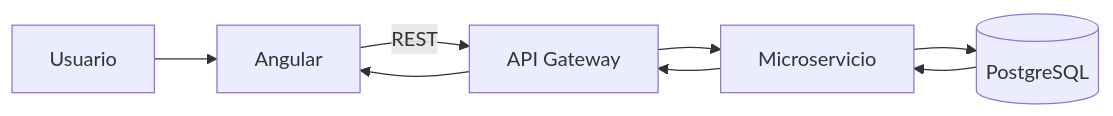
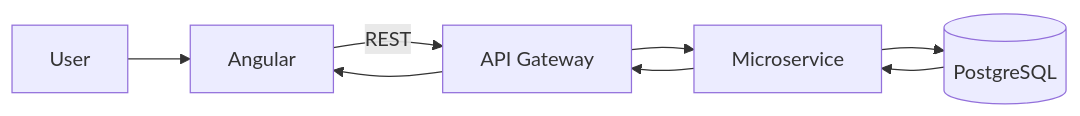
One commit to migueval/software-engineering changed the fourth of 29 diagrams in Connectivity Strategies in Distributed Systems/ARCHITECTURE.md. Above: the diagram before and after it, drawn with Mermaid. The commit also changed other lines of this file and 19 other files, not shown here.

````diff
--- a/Connectivity Strategies in Distributed Systems/ARCHITECTURE.md
+++ b/Connectivity Strategies in Distributed Systems/ARCHITECTURE.md
@@ -290,17 +290,17 @@
 ```mermaid
 flowchart LR
 
-    USER["Usuario"]
+    USER["User"]
     ANGULAR["Angular"]
     API["API Gateway"]
-    SERVICE["Microservicio"]
+    SERVICE["Microservice"]
     DB[("PostgreSQL")]
 
     USER --> ANGULAR
     ANGULAR -->|"REST"| API
     API --> SERVICE
     SERVICE --> DB
     DB --> SERVICE
     SERVICE --> API
     API --> ANGULAR
 ```
````
